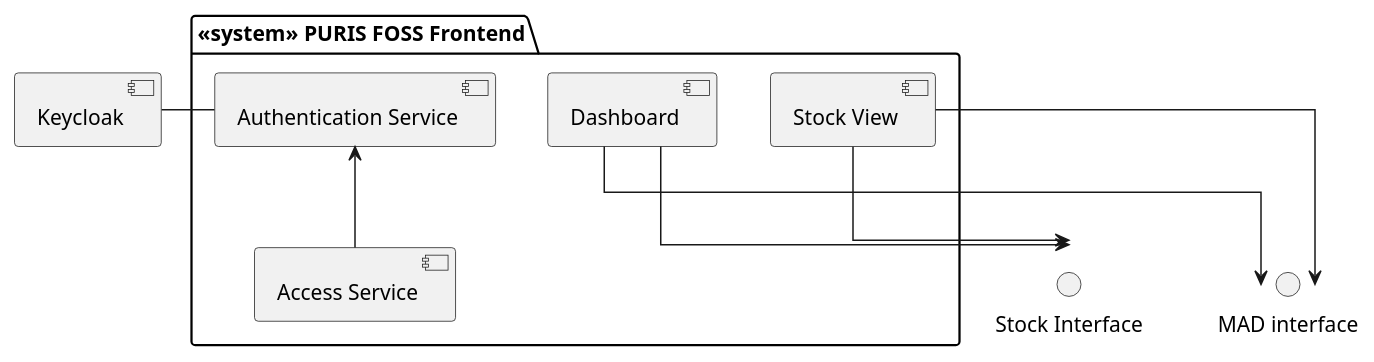
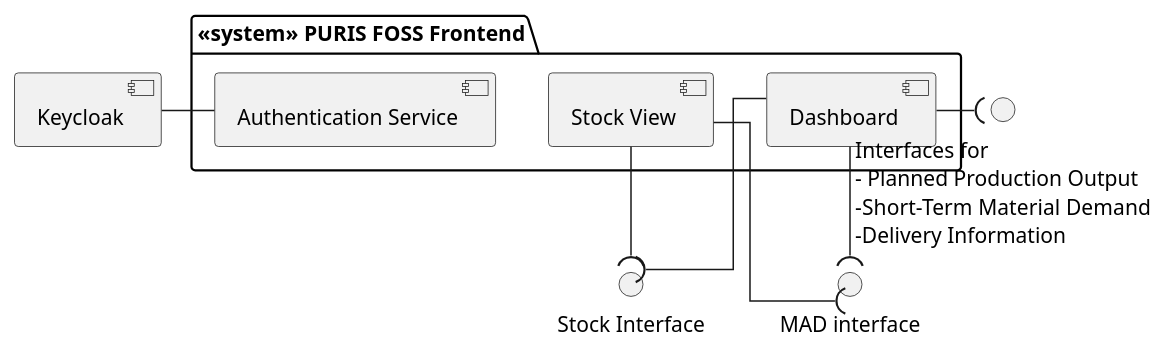
Before and after one commit to eclipse-tractusx/puris: the diagram in docs/arc42/puml/05-level-1-frontend.puml, drawn with PlantUML. The commit also changed 11 other files, not shown here.

```diff
--- a/docs/arc42/puml/05-level-1-frontend.puml
+++ b/docs/arc42/puml/05-level-1-frontend.puml
@@ -1,25 +1,23 @@
 @startuml
 skinparam linetype ortho
 
 package "<<system>> PURIS FOSS Frontend"{
 
   [Stock View] as stock_view
   [Dashboard] as dashboard
   [Authentication Service] as auth_service
-  [Access Service] as access_service
-
-  auth_service <-- access_service
 
 }
 
 [Keycloak] as idp
 
 idp - auth_service
 
-stock_view --> "Stock Interface"
-stock_view --> "MAD interface"
+stock_view --( "Stock Interface"
+stock_view --( "MAD interface"
 
-dashboard --> "Stock Interface"
-dashboard --> "MAD interface"
+dashboard --( "Stock Interface"
+dashboard --( "MAD interface"
+dashboard -( "Interfaces for\n- Planned Production Output\n-Short-Term Material Demand\n-Delivery Information"
 
 @enduml
```
